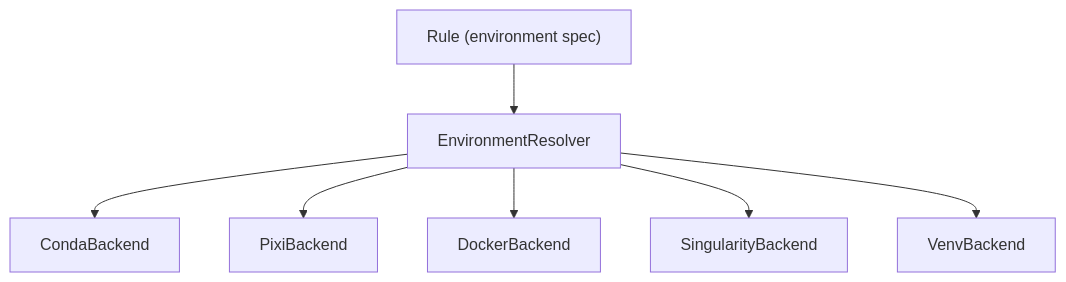
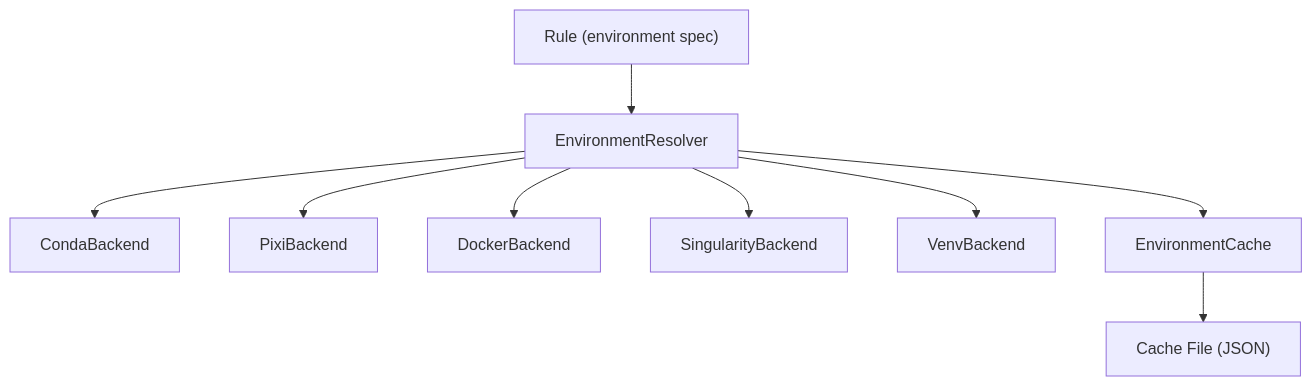
One commit to Traitome/oxo-flow changed the diagram in docs/guide/src/reference/environment-system.md. Above: the diagram before and after it, drawn with Mermaid. The commit also changed other lines of this file and 22 other files, not shown here.

````diff
--- a/docs/guide/src/reference/environment-system.md
+++ b/docs/guide/src/reference/environment-system.md
@@ -21,9 +21,11 @@
 ```mermaid
 graph TD
     Rule["Rule (environment spec)"] --> Resolver["EnvironmentResolver"]
     Resolver --> Conda["CondaBackend"]
     Resolver --> Pixi["PixiBackend"]
     Resolver --> Docker["DockerBackend"]
     Resolver --> Singularity["SingularityBackend"]
     Resolver --> Venv["VenvBackend"]
+    Resolver --> Cache["EnvironmentCache"]
+    Cache --> File["Cache File (JSON)"]
 ```
````
